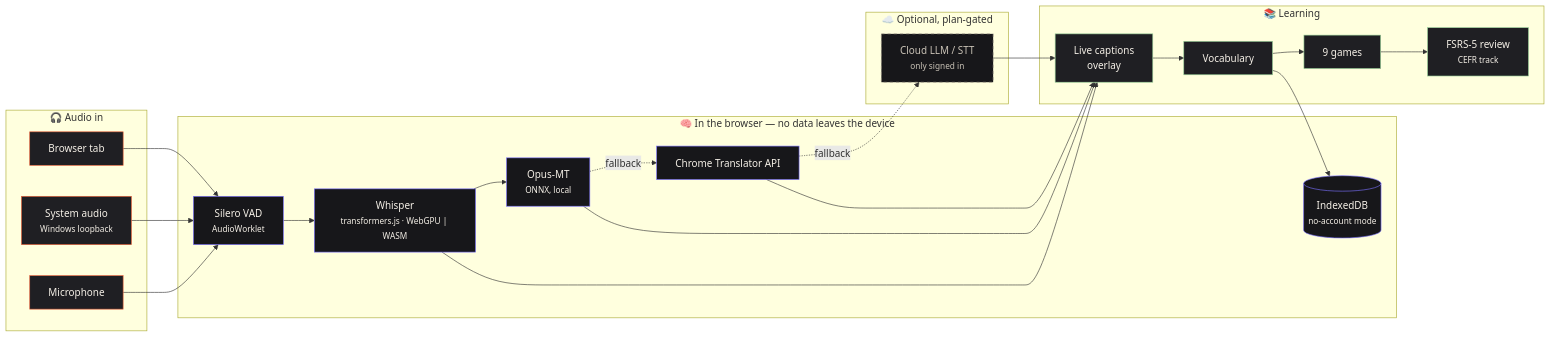
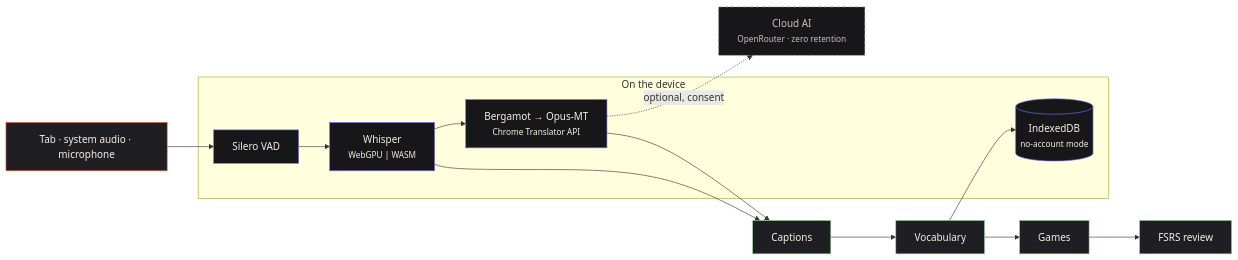
One commit to GuilhermeLVL/babel-play changed the diagram in README.md. Above: the diagram before and after it, drawn with Mermaid. The commit also changed other lines of this file and 9 other files, not shown here.

````diff
--- a/README.md
+++ b/README.md
@@ -45,39 +60,19 @@
 ```mermaid
 flowchart LR
     classDef src fill:#1f1f23,stroke:#e85d36,color:#f4efe6
     classDef local fill:#17171a,stroke:#7a70ff,color:#f4efe6
     classDef cloud fill:#17171a,stroke:#8f887c,color:#c9c2b6,stroke-dasharray:5
     classDef out fill:#1f1f23,stroke:#9ad29a,color:#f4efe6
 
-    subgraph IN["🎧 Audio in"]
-        A1[Browser tab]:::src
-        A2[System audio<br/><small>Windows loopback</small>]:::src
-        A3[Microphone]:::src
+    A["Tab · system audio · microphone"]:::src --> VAD["Silero VAD"]:::local
+    subgraph DEVICE["On the device"]
+        VAD --> STT["Whisper<br/><small>WebGPU | WASM</small>"]:::local
+        STT --> MT["Bergamot → Opus-MT<br/><small>Chrome Translator API</small>"]:::local
+        DB[("IndexedDB<br/><small>no-account mode</small>")]:::local
     end
-
-    subgraph BROWSER["🧠 In the browser — no data leaves the device"]
-        VAD["Silero VAD<br/><small>AudioWorklet</small>"]:::local
-        STT["Whisper<br/><small>transformers.js · WebGPU | WASM</small>"]:::local
-        MT1["Opus-MT<br/><small>ONNX, local</small>"]:::local
-        MT2["Chrome Translator API"]:::local
-        STORE[("IndexedDB<br/><small>no-account mode</small>")]:::local
-    end
-
-    subgraph CLOUD["☁️ Optional, plan-gated"]
-        MT3["Cloud LLM / STT<br/><small>only signed in</small>"]:::cloud
-    end
-
-    subgraph OUT["📚 Learning"]
-        CAP[Live captions<br/>overlay]:::out
-        VOC[Vocabulary]:::out
-        GAMES[9 games]:::out
-        SRS["FSRS-5 review<br/><small>CEFR track</small>"]:::out
-    end
-
-    A1 & A2 & A3 --> VAD --> STT
-    STT --> MT1 -. fallback .-> MT2 -. fallback .-> MT3
-    STT --> CAP
-    MT1 & MT2 & MT3 --> CAP
-    CAP --> VOC --> GAMES --> SRS
-    VOC --> STORE
+    MT -. "optional, consent" .-> CLOUD["Cloud AI<br/><small>OpenRouter · zero retention</small>"]:::cloud
+    STT --> CAP["Captions"]:::out
+    MT --> CAP
+    CAP --> VOC["Vocabulary"]:::out --> GAMES["Games"]:::out --> SRS["FSRS review"]:::out
+    VOC --> DB
 ```
````
